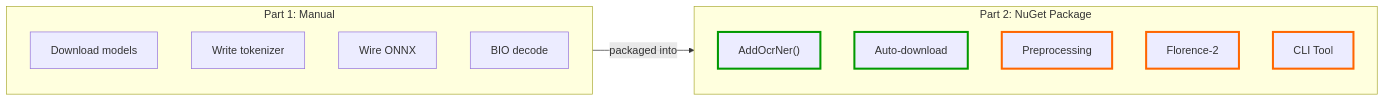
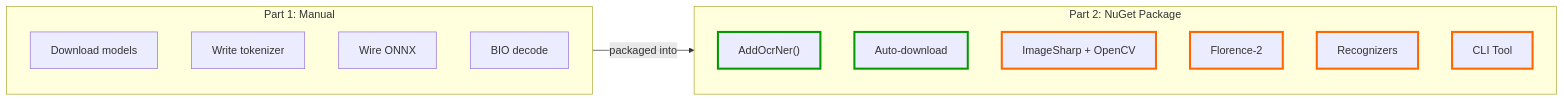
The first of 7 diagrams in Mostlylucid/Markdown/simple-ocr-ner-nuget.md (Shaddix/mostlylucidweb), drawn with Mermaid before and after one commit. The commit also changed other lines of this file and 25 other files, not shown here.

````diff
--- a/Mostlylucid/Markdown/simple-ocr-ner-nuget.md
+++ b/Mostlylucid/Markdown/simple-ocr-ner-nuget.md
@@ -24,25 +49,27 @@
 ```mermaid
 flowchart LR
     subgraph Part1["Part 1: Manual"]
         M1[Download models]
         M2[Write tokenizer]
         M3[Wire ONNX]
         M4[BIO decode]
     end
 
     subgraph Part2["Part 2: NuGet Package"]
         N1["AddOcrNer()"]
         N2[Auto-download]
-        N3[Preprocessing]
+        N3[ImageSharp + OpenCV]
         N4[Florence-2]
-        N5[CLI Tool]
+        N5[Recognizers]
+        N6[CLI Tool]
     end
 
     Part1 -->|"packaged into"| Part2
 
     style N1 stroke:#090,stroke-width:3px
     style N2 stroke:#090,stroke-width:3px
     style N3 stroke:#f60,stroke-width:3px
     style N4 stroke:#f60,stroke-width:3px
     style N5 stroke:#f60,stroke-width:3px
+    style N6 stroke:#f60,stroke-width:3px
 ```
````
